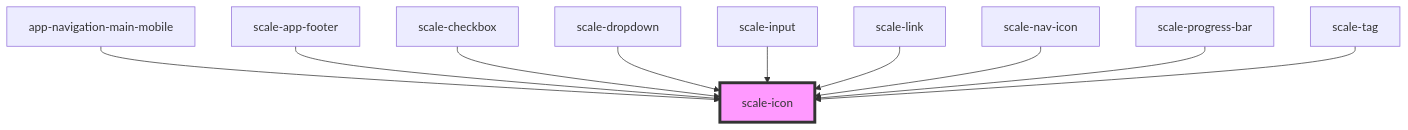
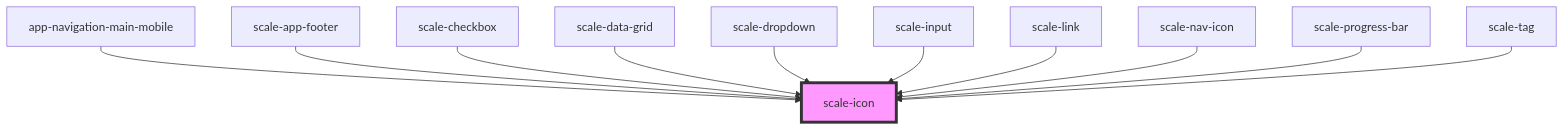
The diagram in packages/components/src/components/icon/readme.md (gaurishkamat/scale), drawn with Mermaid before and after one commit. The commit also changed other lines of this file and 94 other files, not shown here.

````diff
--- a/packages/components/src/components/icon/readme.md
+++ b/packages/components/src/components/icon/readme.md
@@ -37,13 +38,14 @@
 ```mermaid
 graph TD;
   app-navigation-main-mobile --> scale-icon
   scale-app-footer --> scale-icon
   scale-checkbox --> scale-icon
+  scale-data-grid --> scale-icon
   scale-dropdown --> scale-icon
   scale-input --> scale-icon
   scale-link --> scale-icon
   scale-nav-icon --> scale-icon
   scale-progress-bar --> scale-icon
   scale-tag --> scale-icon
   style scale-icon fill:#f9f,stroke:#333,stroke-width:4px
 ```
````
